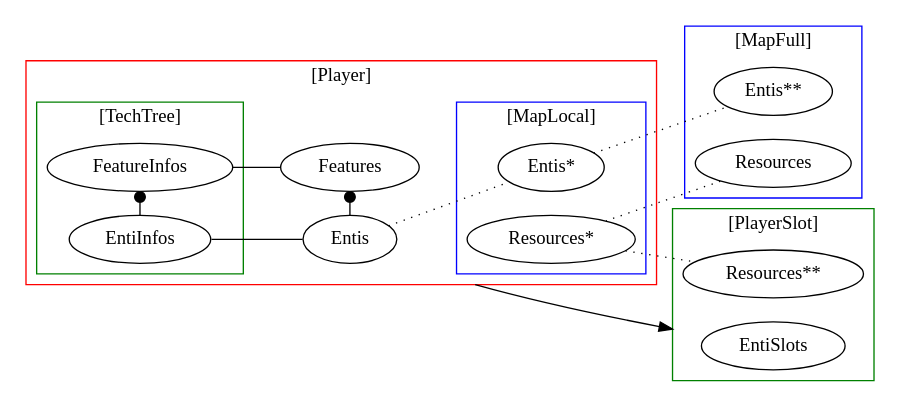
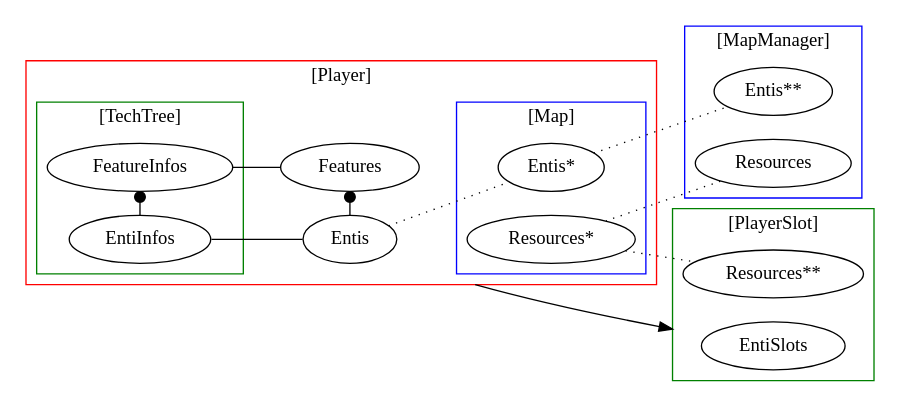
The diagram in docs/dot_diagrams/Strategix_Enti.dot (Akela1101/strategix), drawn with Graphviz before and after one commit. The commit also changed 51 other files, not shown here.

```diff
--- a/docs/dot_diagrams/Strategix_Enti.dot
+++ b/docs/dot_diagrams/Strategix_Enti.dot
@@ -1,56 +1,56 @@
 digraph G 
 {
 	rankdir = LR;
 
 	compound = true;
 
 	subgraph cluster0
 	{
 		label = "[Player]"
 		color = red;
 
 		subgraph cluster1
 		{
 			label = "[TechTree]"
 			color = green;
 			EntiInfos -> FeatureInfos [arrowhead = dot]
 			{rank = same; FeatureInfos; EntiInfos; }
 		}
 		subgraph cluster2
 		{
-			label = "[MapLocal]"
+			label = "[Map]"
 			color = blue;		
 			"Entis*"
 			"Resources*"
 		}
 		Entis -> Features [arrowhead = dot]
 		{rank = same; Features; Entis; }
 
 		EntiInfos -> Entis [arrowhead = none]
 		Features -> FeatureInfos [arrowhead = none]
 	}
 
 	subgraph cluster3
 	{
 		label = "[PlayerSlot]"
 		color = green;		
 		EntiSlots
 		"Resources**"
 	}
 
 	subgraph cluster4
 	{
-		label = "[MapFull]"
+		label = "[MapManager]"
 		color = blue;		
 		"Entis**"
 		Resources
 	}
 
 	Resources -> "Resources*" [arrowhead = none, style = dotted]
 	"Resources*" -> "Resources**" [arrowhead = none, style = dotted]
 	Entis -> "Entis*" [arrowhead = none, style = dotted]
 	"Entis*" -> "Entis**" [arrowhead = none, style = dotted]
 		
 	Entis -> EntiSlots [lhead=cluster3, ltail=cluster0]
 
 }
```
